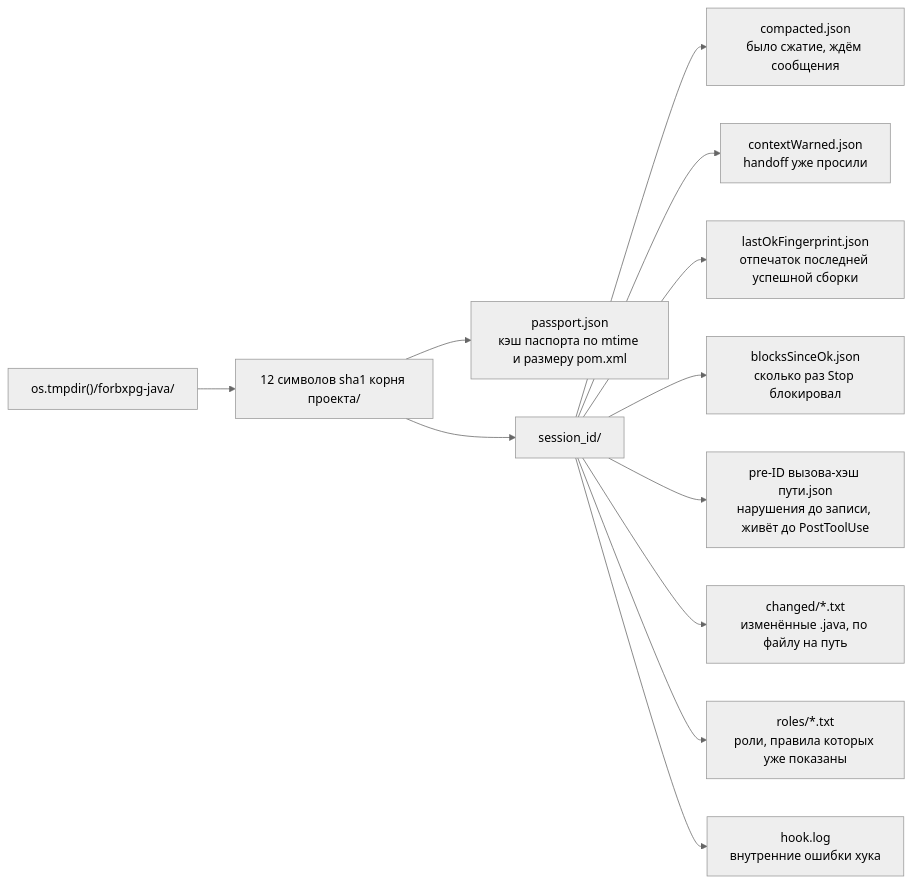
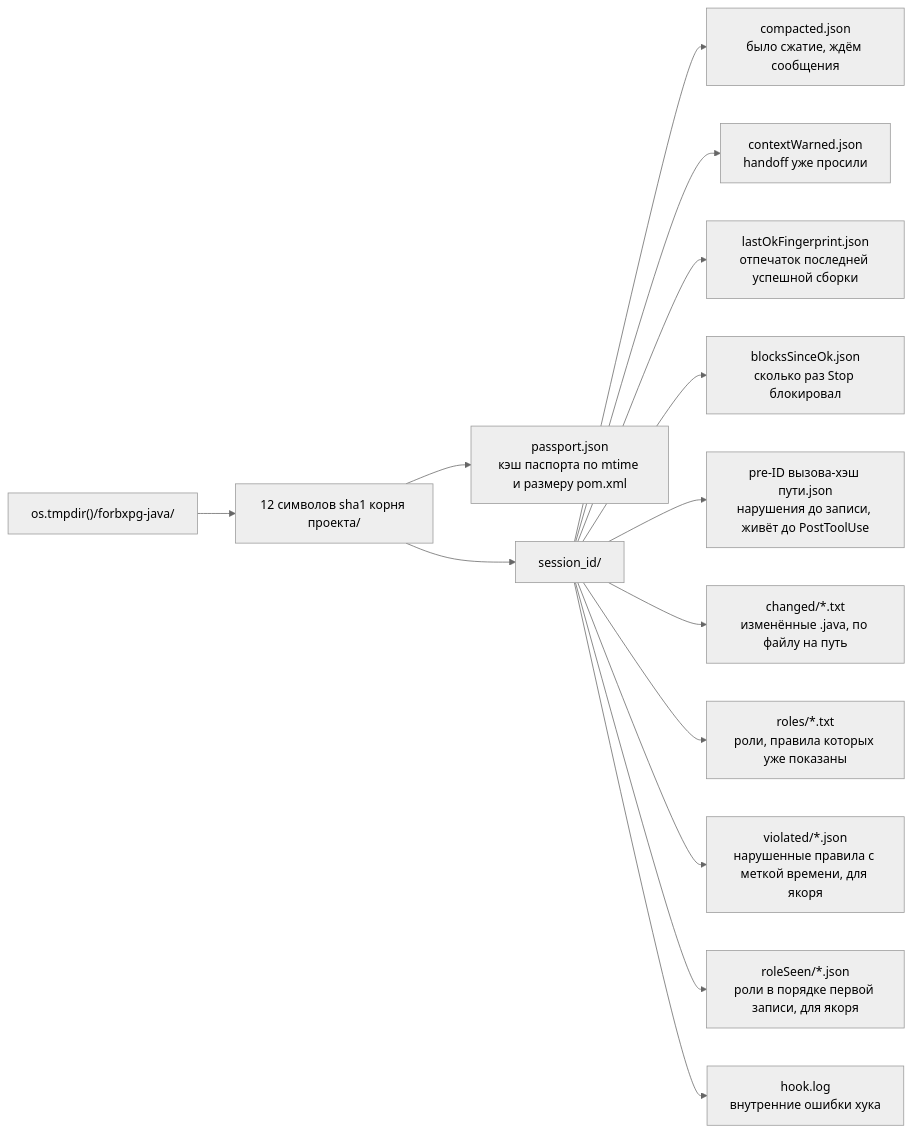
The diagram in docs/ru/internals/diagrams/12-state-files.mmd (forbxpg/forbxpg-java-best-practices-skill), drawn with Mermaid (neutral theme) before and after one commit. The commit also changed 14 other files, not shown here.

```diff
--- a/docs/ru/internals/diagrams/12-state-files.mmd
+++ b/docs/ru/internals/diagrams/12-state-files.mmd
@@ -1,12 +1,14 @@
 flowchart LR
   T["os.tmpdir()/forbxpg-java/"] --> P["12 символов sha1 корня проекта/"]
   P --> PP["passport.json<br/>кэш паспорта по mtime и размеру pom.xml"]
   P --> S["session_id/"]
   S --> s1["compacted.json<br/>было сжатие, ждём сообщения"]
   S --> s2["contextWarned.json<br/>handoff уже просили"]
   S --> s3["lastOkFingerprint.json<br/>отпечаток последней успешной сборки"]
   S --> s4["blocksSinceOk.json<br/>сколько раз Stop блокировал"]
   S --> s5["pre-ID вызова-хэш пути.json<br/>нарушения до записи, живёт до PostToolUse"]
   S --> s6["changed/*.txt<br/>изменённые .java, по файлу на путь"]
   S --> s7["roles/*.txt<br/>роли, правила которых уже показаны"]
+  S --> s9["violated/*.json<br/>нарушенные правила с меткой времени, для якоря"]
+  S --> s10["roleSeen/*.json<br/>роли в порядке первой записи, для якоря"]
   S --> s8["hook.log<br/>внутренние ошибки хука"]
```
